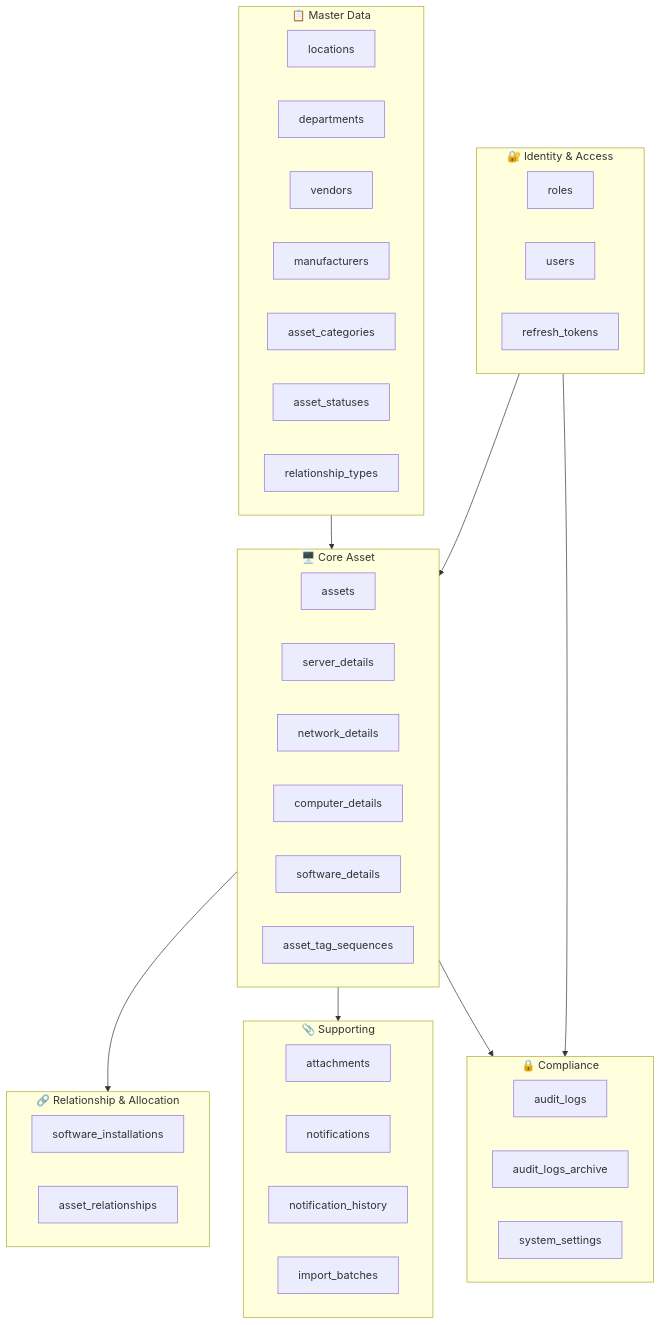
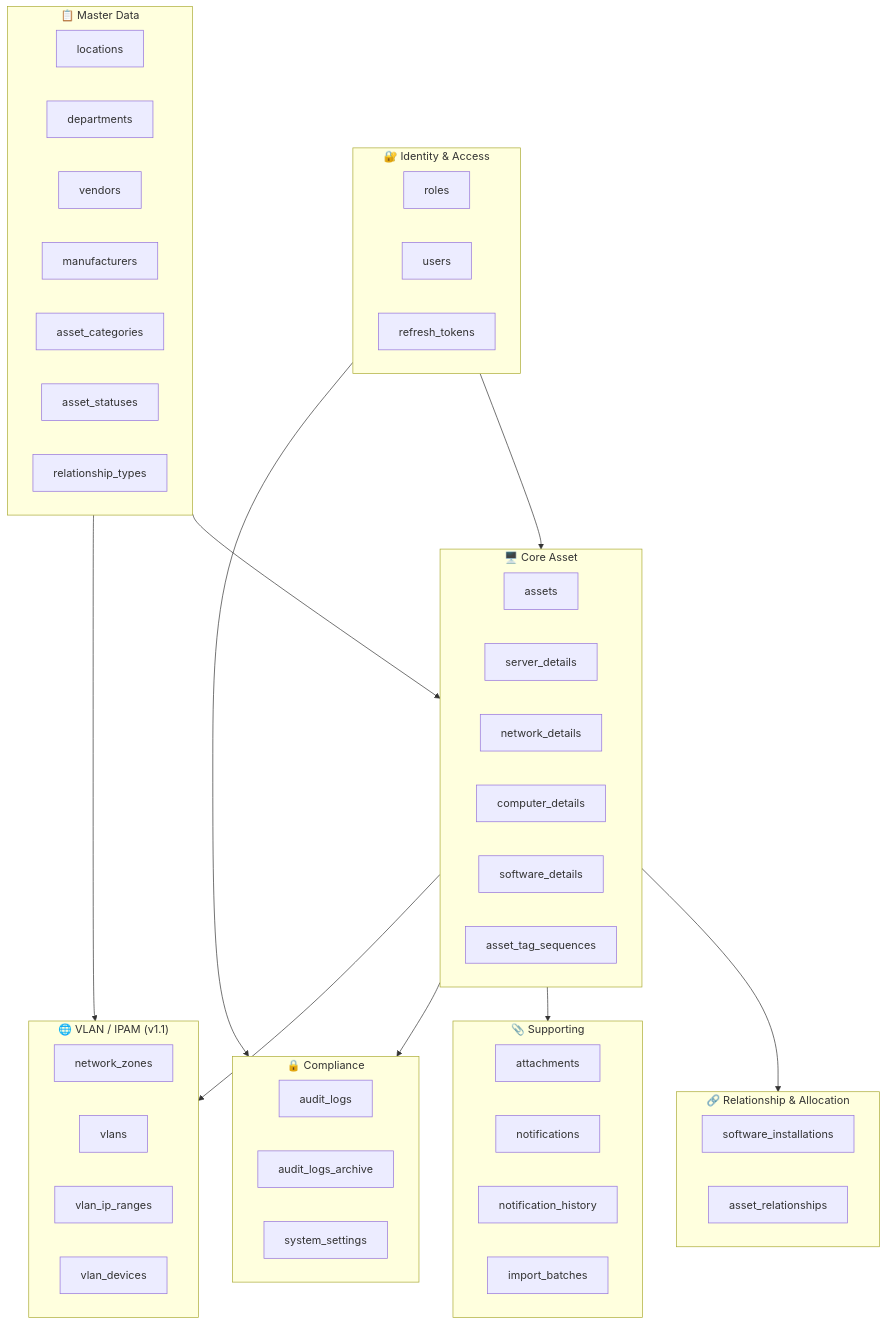
Before and after one commit to sudket04/IS-Inventory: the first of 8 diagrams in docs/database/01-database-design.md, drawn with Mermaid. The commit also changed other lines of this file and 4 other files, not shown here.

````diff
--- a/docs/database/01-database-design.md
+++ b/docs/database/01-database-design.md
@@ -155,52 +155,61 @@
 ```mermaid
 flowchart TB
     subgraph D1["🔐 Identity & Access"]
         roles
         users
         refresh_tokens
     end
 
     subgraph D2["📋 Master Data"]
         locations
         departments
         vendors
         manufacturers
         asset_categories
         asset_statuses
         relationship_types
     end
 
     subgraph D3["🖥️ Core Asset"]
         assets
         server_details
         network_details
         computer_details
         software_details
         asset_tag_sequences
     end
 
     subgraph D4["🔗 Relationship & Allocation"]
         software_installations
         asset_relationships
     end
 
     subgraph D5["📎 Supporting"]
         attachments
         notifications
         notification_history
         import_batches
     end
 
     subgraph D6["🔒 Compliance"]
         audit_logs
         audit_logs_archive
         system_settings
     end
 
+    subgraph D7["🌐 VLAN / IPAM (v1.1)"]
+        network_zones
+        vlans
+        vlan_ip_ranges
+        vlan_devices
+    end
+
     D2 --> D3
     D1 --> D3
     D3 --> D4
     D3 --> D5
     D1 --> D6
     D3 --> D6
+    D3 --> D7
+    D2 --> D7
 ```
````
